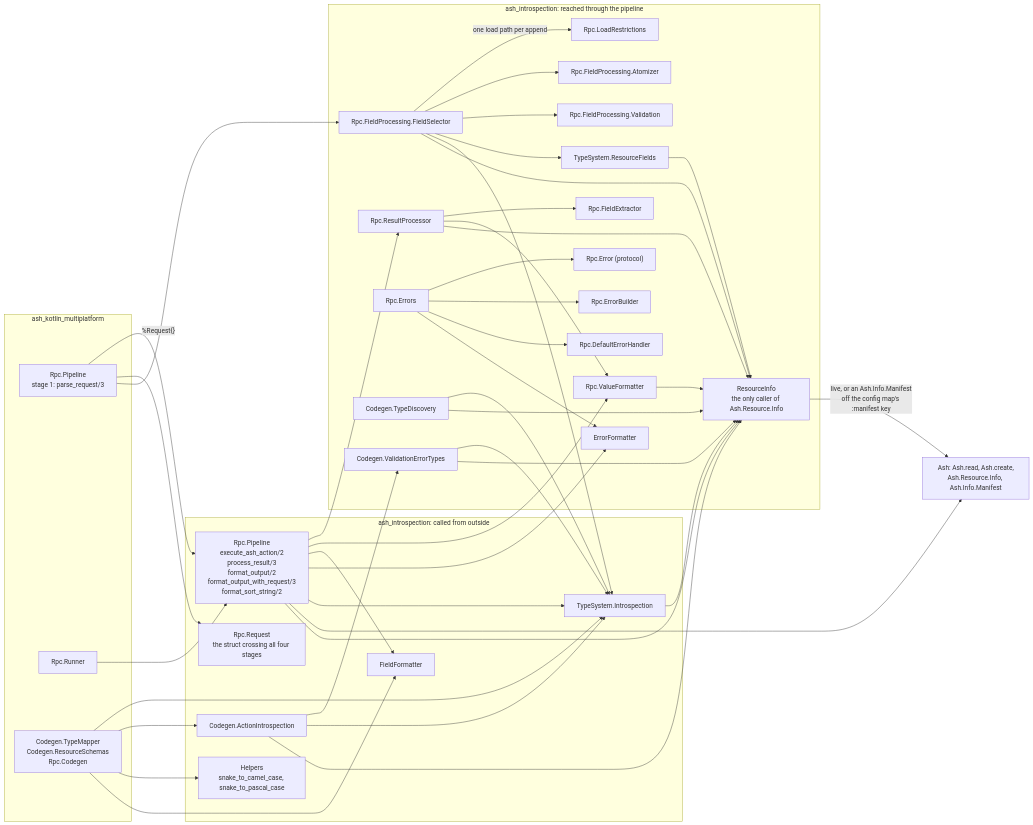
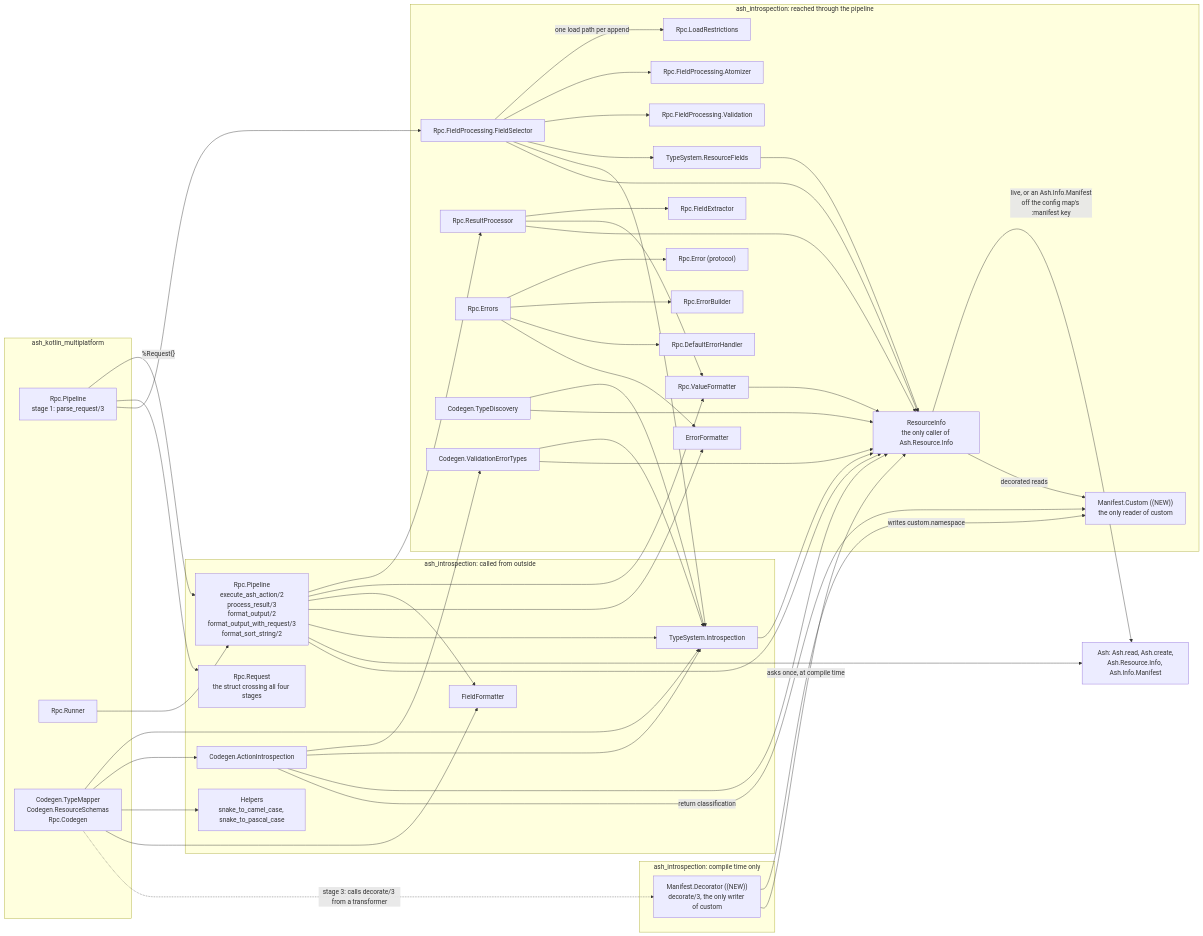
Before and after one commit to udin-io/ash_introspection: the third of 5 diagrams in docs/architecture.md, drawn with Mermaid. The commit also changed other lines of this file and 15 other files, not shown here.

First line of the commit message:
feat: decorate the manifest with what this library reads (#23 stage 2 of 5) (#74)

````diff
--- a/docs/architecture.md
+++ b/docs/architecture.md
@@ -123,6 +124,11 @@
         rfields["TypeSystem.ResourceFields"]
         tdisc["Codegen.TypeDiscovery"]
         vet["Codegen.ValidationErrorTypes"]
+        mcustom["Manifest.Custom ((NEW))<br/>the only reader of custom"]
+    end
+
+    subgraph compile["ash_introspection: compile time only"]
+        mdec["Manifest.Decorator ((NEW))<br/>decorate/3, the only writer of custom"]
     end
 
     ash["Ash: Ash.read, Ash.create,<br/>Ash.Resource.Info, Ash.Info.Manifest"]
@@ -168,4 +174,9 @@
     vet --> rinfo
     tdisc --> rinfo
     rinfo -->|"live, or an Ash.Info.Manifest<br/>off the config map's :manifest key"| ash
+    rinfo -->|"decorated reads"| mcustom
+    actint -->|"return classification"| mcustom
+    mdec -->|"writes custom.namespace"| mcustom
+    mdec -->|"asks once, at compile time"| rinfo
+    ccodegen -.->|"stage 3: calls decorate/3 from a transformer"| mdec
 ```
````
